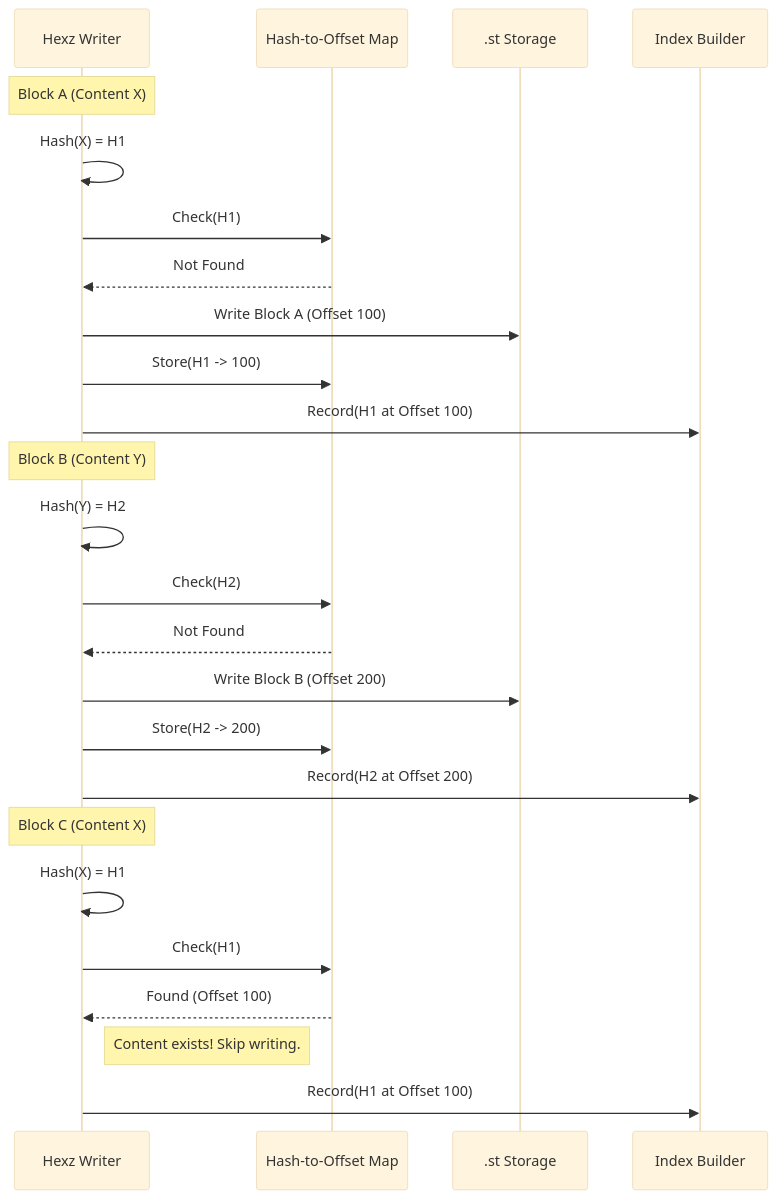
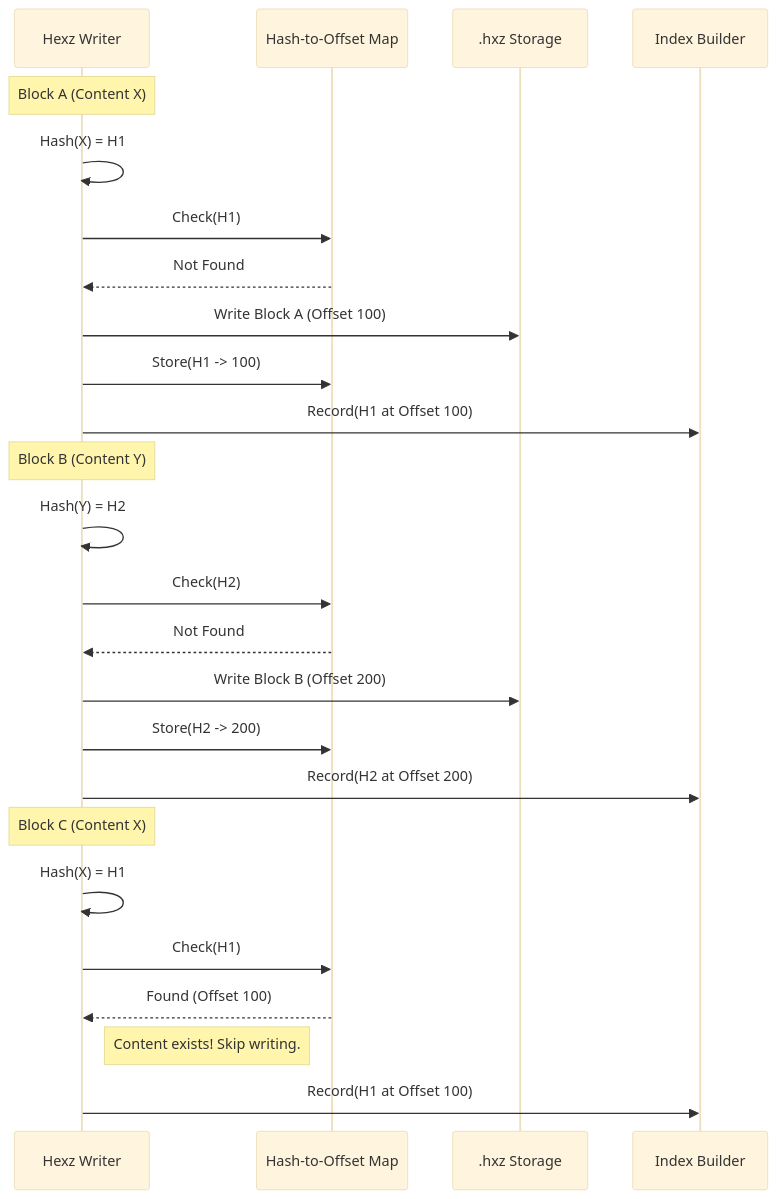
Before and after one commit to hexz-org/hexz: the seventh of 9 diagrams in docs/explanation/architecture.md, drawn with Mermaid (base theme). The commit also changed other lines of this file and 96 other files, not shown here.

````diff
--- a/docs/explanation/architecture.md
+++ b/docs/explanation/architecture.md
@@ -249,30 +249,30 @@
 ```mermaid
 sequenceDiagram
     participant Writer as Hexz Writer
     participant DedupMap as Hash-to-Offset Map
-    participant File as .st Storage
+    participant File as .hxz Storage
     participant Index as Index Builder
 
     Note over Writer: Block A (Content X)
     Writer->>Writer: Hash(X) = H1
     Writer->>DedupMap: Check(H1)
     DedupMap-->>Writer: Not Found
     Writer->>File: Write Block A (Offset 100)
     Writer->>DedupMap: Store(H1 -> 100)
     Writer->>Index: Record(H1 at Offset 100)
 
     Note over Writer: Block B (Content Y)
     Writer->>Writer: Hash(Y) = H2
     Writer->>DedupMap: Check(H2)
     DedupMap-->>Writer: Not Found
     Writer->>File: Write Block B (Offset 200)
     Writer->>DedupMap: Store(H2 -> 200)
     Writer->>Index: Record(H2 at Offset 200)
 
     Note over Writer: Block C (Content X)
     Writer->>Writer: Hash(X) = H1
     Writer->>DedupMap: Check(H1)
     DedupMap-->>Writer: Found (Offset 100)
     Note right of Writer: Content exists! Skip writing.
     Writer->>Index: Record(H1 at Offset 100)
 ```
````
